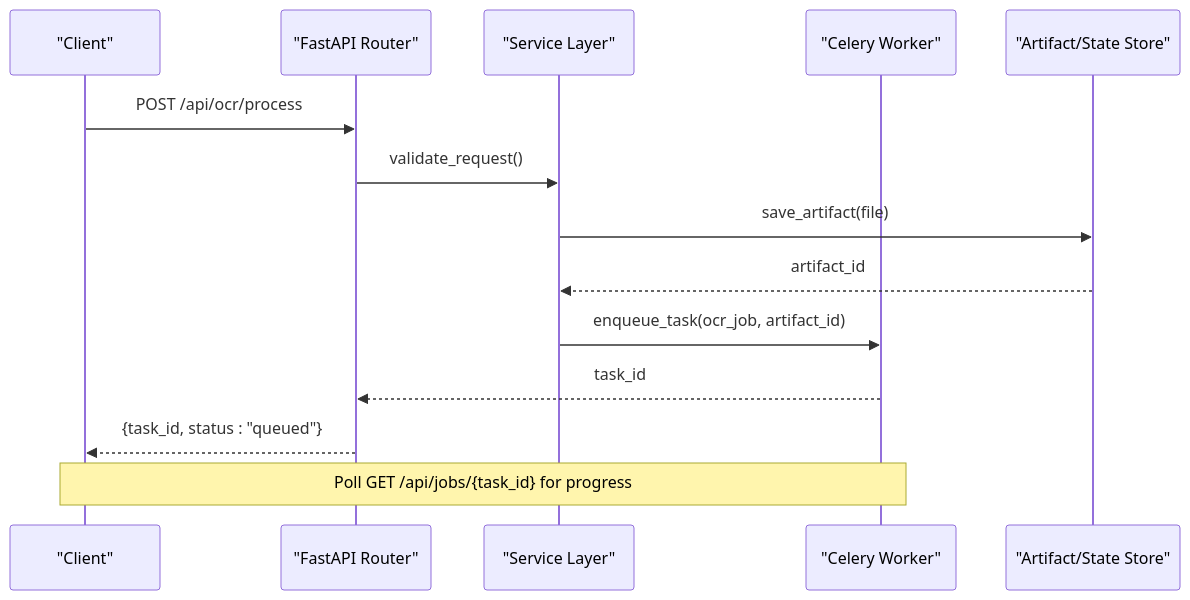
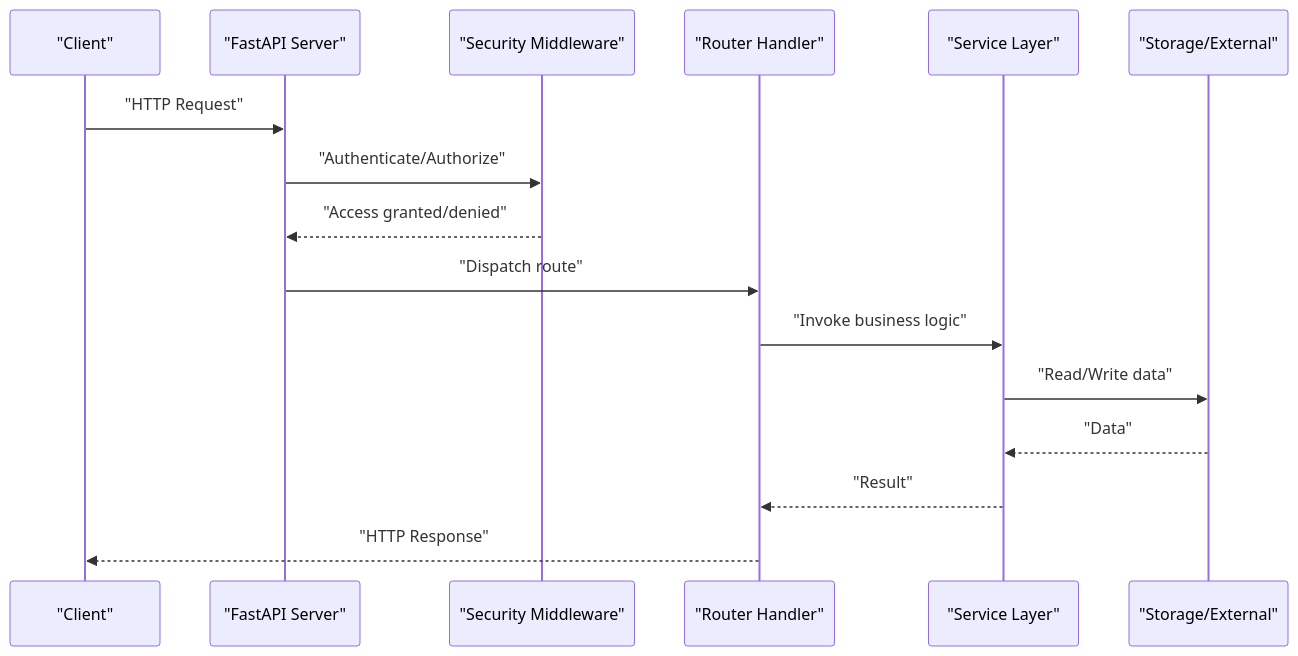
One commit to Sifr-r/LocalDeepL changed the second of 3 diagrams in .qoder/repowiki/en/content/API Reference/REST API Endpoints/REST API Endpoints.md. Above: the diagram before and after it, drawn with Mermaid. The commit also changed other lines of this file and 191 other files, not shown here.

````diff
--- a/.qoder/repowiki/en/content/API Reference/REST API Endpoints/REST API Endpoints.md
+++ b/.qoder/repowiki/en/content/API Reference/REST API Endpoints/REST API Endpoints.md
@@ -114,16 +143,18 @@
 ```mermaid
 sequenceDiagram
-participant Client as "Client"
-participant API as "FastAPI Router"
-participant Service as "Service Layer"
-participant Celery as "Celery Worker"
-participant Store as "Artifact/State Store"
-Client->>API : POST /api/ocr/process
-API->>Service : validate_request()
-Service->>Store : save_artifact(file)
-Store-->>Service : artifact_id
-Service->>Celery : enqueue_task(ocr_job, artifact_id)
-Celery-->>API : task_id
-API-->>Client : {task_id, status : "queued"}
-Note over Client,Celery : Poll GET /api/jobs/{task_id} for progress
+participant C as "Client"
+participant F as "FastAPI Server"
+participant SM as "Security Middleware"
+participant R as "Router Handler"
+participant S as "Service Layer"
+participant DB as "Storage/External"
+C->>F : "HTTP Request"
+F->>SM : "Authenticate/Authorize"
+SM-->>F : "Access granted/denied"
+F->>R : "Dispatch route"
+R->>S : "Invoke business logic"
+S->>DB : "Read/Write data"
+DB-->>S : "Data"
+S-->>R : "Result"
+R-->>C : "HTTP Response"
 ```
````
